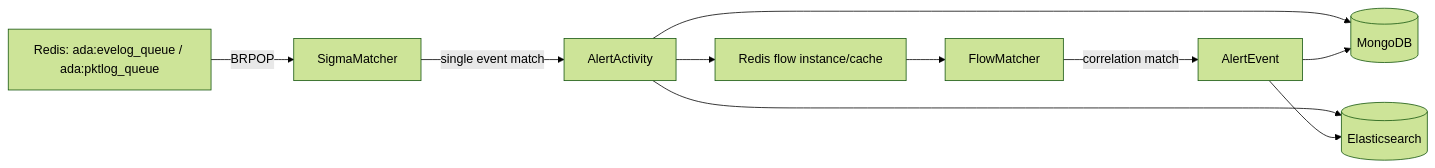
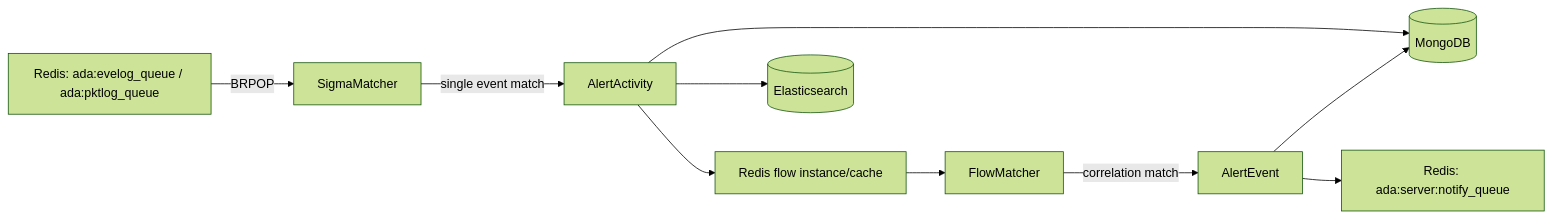
The diagram in docs/05-rule-engine.md (Lingerhk/ada), drawn with Mermaid (forest theme) before and after one commit. The commit also changed other lines of this file and 23 other files, not shown here.

Commit message:
feat(engine): complete flow future capabilities

````diff
--- a/docs/05-rule-engine.md
+++ b/docs/05-rule-engine.md
@@ -26,21 +26,21 @@
 ```mermaid
 flowchart LR
   RedisQueue[Redis: ada:evelog_queue / ada:pktlog_queue]
   Sigma[SigmaMatcher]
   Activity[AlertActivity]
   FlowCache[Redis flow instance/cache]
   FlowMatcher[FlowMatcher]
   Threat[AlertEvent]
   Mongo[(MongoDB)]
   ES[(Elasticsearch)]
 
   RedisQueue -->|BRPOP| Sigma
   Sigma -->|single event match| Activity
   Activity --> Mongo
   Activity --> ES
   Activity --> FlowCache
   FlowCache --> FlowMatcher
   FlowMatcher -->|correlation match| Threat
   Threat --> Mongo
-  Threat --> ES
+  Threat --> RedisNotify["Redis: ada:server:notify_queue"]
 ```
````
